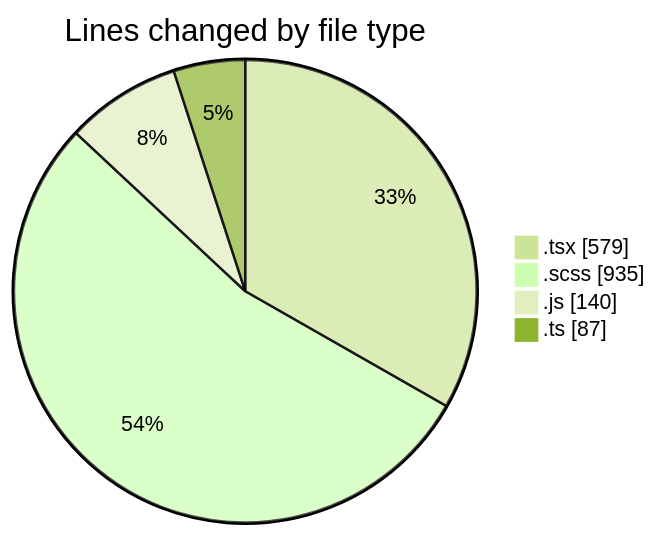
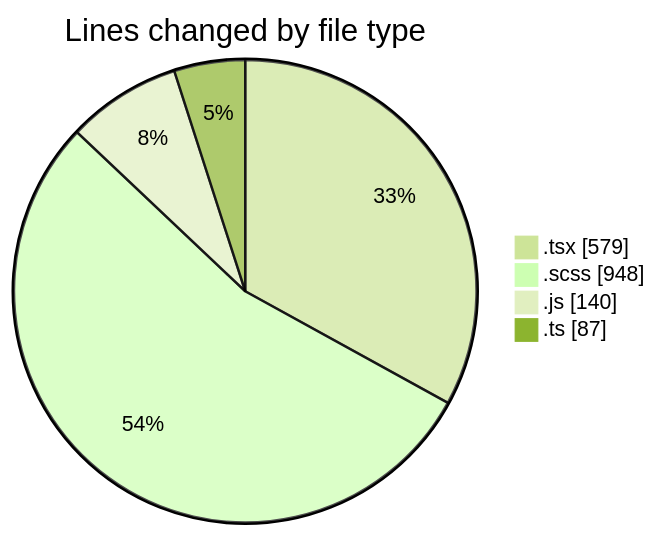
The first of 2 diagrams in 2026-03-25/cda/README.md (momahboobian/code-tracking), drawn with Mermaid (forest theme) before and after one commit. The commit also changed other lines of this file and 1 other file, not shown here.

````diff
--- a/2026-03-25/cda/README.md
+++ b/2026-03-25/cda/README.md
@@ -23,8 +23,8 @@
 ```mermaid
 pie showData
 title Lines changed by file type
 ".tsx" : 579
-".scss" : 935
+".scss" : 948
 ".js" : 140
 ".ts" : 87
 ```
````
